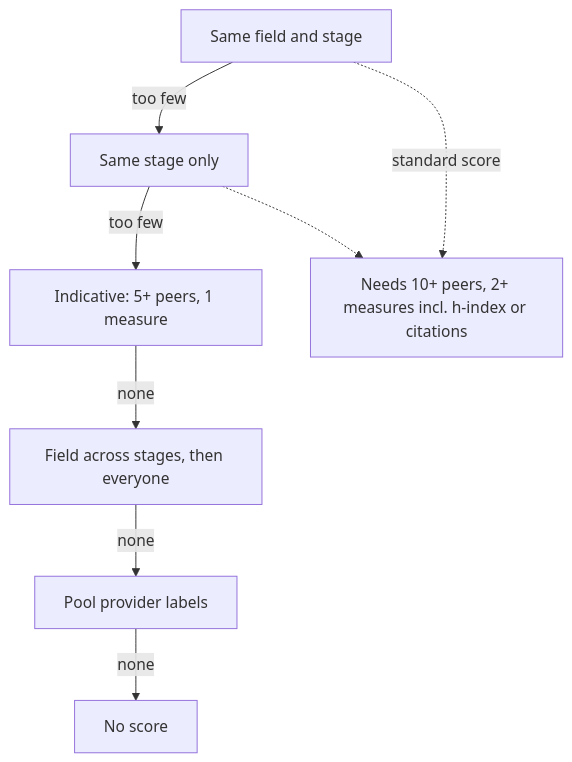
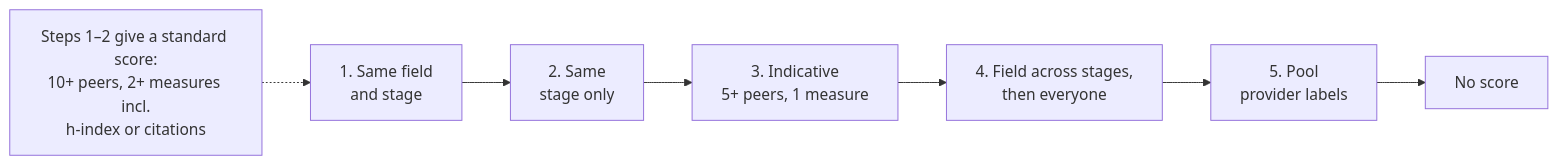
Before and after one commit to maninka123/academic-lens-lk: the diagram in docs/STANDING_SCORE.md, drawn with Mermaid. The commit also changed other lines of this file and 16 other files, not shown here.

Commit message:
Docs: concise READMEs, restructured scoring methodology with flowcharts, reorganised study README, project guide and score documentation; drop methodology section from main README

````diff
--- a/docs/STANDING_SCORE.md
+++ b/docs/STANDING_SCORE.md
@@ -34,10 +34,5 @@
 ```mermaid
-flowchart TD
-  A[Same field and stage] -->|too few| B[Same stage only]
-  B -->|too few| C[Indicative: 5+ peers, 1 measure]
-  C -->|none| D[Field across stages, then everyone]
-  D -->|none| E[Pool provider labels]
-  E -->|none| F[No score]
-  A -.->|standard score| S[Needs 10+ peers, 2+ measures incl. h-index or citations]
-  B -.-> S
+flowchart LR
+  A["1. Same field<br/>and stage"] --> B["2. Same<br/>stage only"] --> C["3. Indicative<br/>5+ peers, 1 measure"] --> D["4. Field across stages,<br/>then everyone"] --> E["5. Pool<br/>provider labels"] --> F["No score"]
+  N["Steps 1–2 give a standard score:<br/>10+ peers, 2+ measures incl.<br/>h-index or citations"] -.-> A
 ```
````
